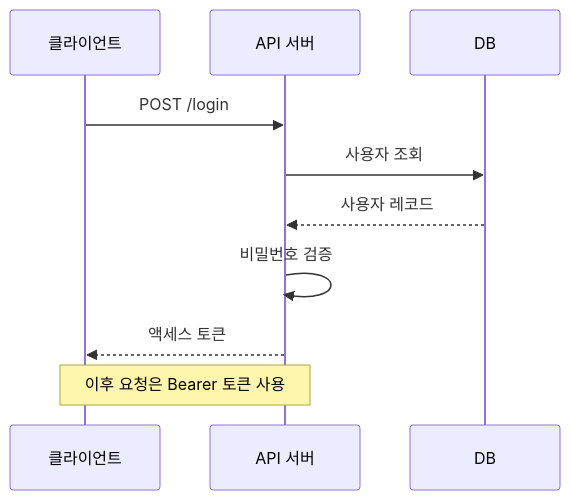
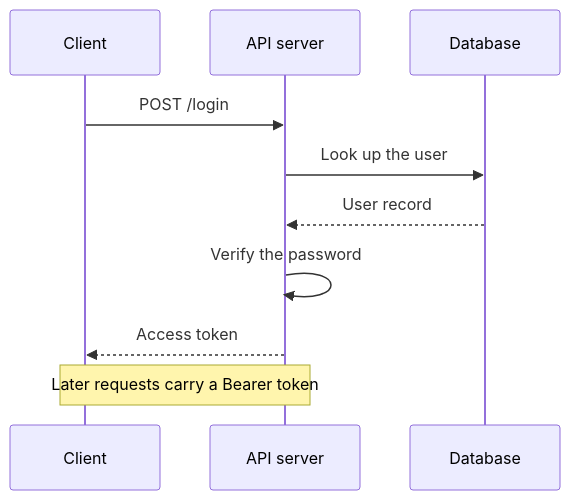
Before and after one commit to jeonck/toolian: the second of 5 diagrams in content/docs/writing/mermaid.md, drawn with Mermaid. The commit also changed other lines of this file and 62 other files, not shown here.

````diff
--- a/content/docs/writing/mermaid.md
+++ b/content/docs/writing/mermaid.md
@@ -79,13 +79,13 @@
 ```mermaid
 sequenceDiagram
-    participant C as 클라이언트
-    participant A as API 서버
-    participant D as DB
+    participant C as Client
+    participant A as API server
+    participant D as Database
 
     C->>A: POST /login
-    A->>D: 사용자 조회
-    D-->>A: 사용자 레코드
-    A->>A: 비밀번호 검증
-    A-->>C: 액세스 토큰
-    Note over C,A: 이후 요청은 Bearer 토큰 사용
+    A->>D: Look up the user
+    D-->>A: User record
+    A->>A: Verify the password
+    A-->>C: Access token
+    Note over C,A: Later requests carry a Bearer token
 ```
````
